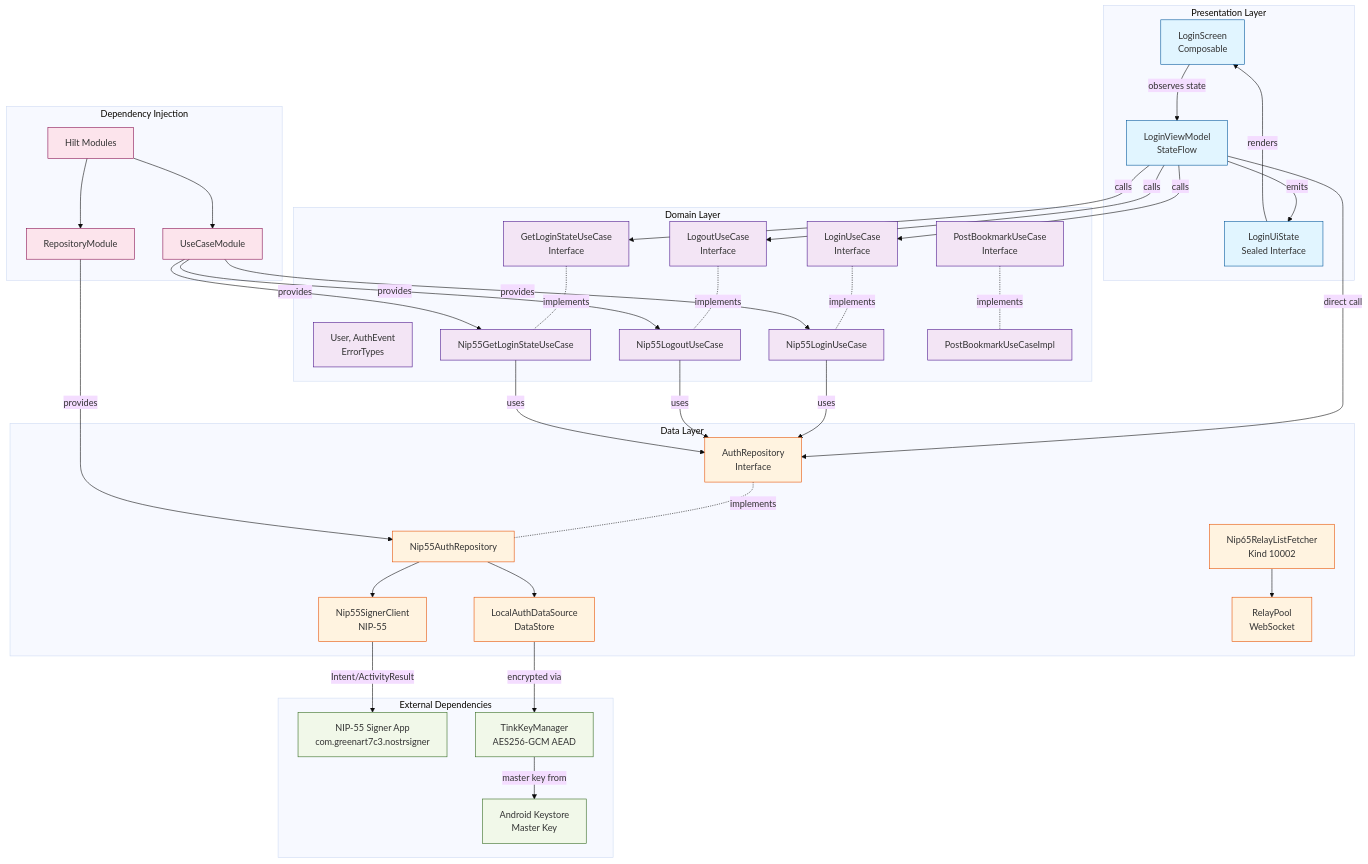
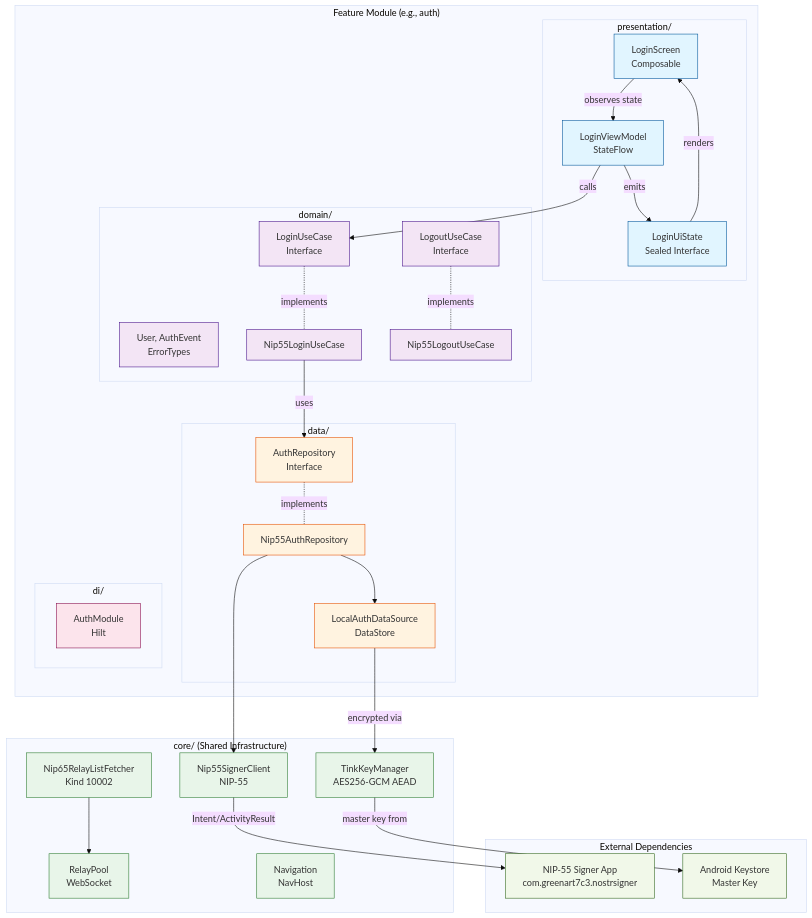
One commit to Omochice/Pinosu changed the diagram in .kiro/steering/structure.md. Above: the diagram before and after it, drawn with Mermaid (base theme). The commit also changed other lines of this file and 1 other file, not shown here.

First line of the commit message:
docs(steering): update to reflect package-by-feature architecture

````diff
--- a/.kiro/steering/structure.md
+++ b/.kiro/steering/structure.md
@@ -10,44 +11,48 @@
 ```mermaid
 graph TB
-    subgraph "Presentation Layer"
-        UI[LoginScreen<br/>Composable]
-        VM[LoginViewModel<br/>StateFlow]
-        State[LoginUiState<br/>Sealed Interface]
-        UI -->|observes state| VM
-        VM -->|emits| State
-        State -->|renders| UI
+    subgraph "Feature Module (e.g., auth)"
+        subgraph "presentation/"
+            UI[LoginScreen<br/>Composable]
+            VM[LoginViewModel<br/>StateFlow]
+            State[LoginUiState<br/>Sealed Interface]
+            UI -->|observes state| VM
+            VM -->|emits| State
+            State -->|renders| UI
+        end
+
+        subgraph "domain/"
+            UC_Login[LoginUseCase<br/>Interface]
+            UC_Logout[LogoutUseCase<br/>Interface]
+            Model[User, AuthEvent<br/>ErrorTypes]
+
+            UC_Login -.implements.- UC_Login_Impl[Nip55LoginUseCase]
+            UC_Logout -.implements.- UC_Logout_Impl[Nip55LogoutUseCase]
+        end
+
+        subgraph "data/"
+            Repo[AuthRepository<br/>Interface]
+            RepoImpl[Nip55AuthRepository]
+            LocalDS[LocalAuthDataSource<br/>DataStore]
+
+            Repo -.implements.- RepoImpl
+            RepoImpl --> LocalDS
+        end
+
+        subgraph "di/"
+            AuthMod[AuthModule<br/>Hilt]
+        end
     end
 
-    subgraph "Domain Layer"
-        UC_Login[LoginUseCase<br/>Interface]
-        UC_Logout[LogoutUseCase<br/>Interface]
-        UC_GetState[GetLoginStateUseCase<br/>Interface]
-        UC_PostBookmark[PostBookmarkUseCase<br/>Interface]
-        Model[User, AuthEvent<br/>ErrorTypes]
-
-        UC_Login -.implements.- UC_Login_Impl[Nip55LoginUseCase]
-        UC_Logout -.implements.- UC_Logout_Impl[Nip55LogoutUseCase]
-        UC_GetState -.implements.- UC_GetState_Impl[Nip55GetLoginStateUseCase]
-        UC_PostBookmark -.implements.- UC_PostBookmark_Impl[PostBookmarkUseCaseImpl]
-    end
-
-    subgraph "Data Layer"
-        Repo[AuthRepository<br/>Interface]
-        RepoImpl[Nip55AuthRepository]
-        LocalDS[LocalAuthDataSource<br/>DataStore]
+    subgraph "core/ (Shared Infrastructure)"
         Nip55Client[Nip55SignerClient<br/>NIP-55]
         Nip65Fetcher[Nip65RelayListFetcher<br/>Kind 10002]
         RelayPool[RelayPool<br/>WebSocket]
-
-        Repo -.implements.- RepoImpl
-        RepoImpl --> LocalDS
-        RepoImpl --> Nip55Client
-        Nip65Fetcher --> RelayPool
+        TinkKeyManager[TinkKeyManager<br/>AES256-GCM AEAD]
+        Navigation[Navigation<br/>NavHost]
     end
 
     subgraph "External Dependencies"
         Nip55Signer[NIP-55 Signer App<br/>com.greenart7c3.nostrsigner]
-        TinkKeyManager[TinkKeyManager<br/>AES256-GCM AEAD]
         AndroidKeystore[Android Keystore<br/>Master Key]
 
         Nip55Client -->|Intent/ActivityResult| Nip55Signer
@@ -55,38 +60,22 @@
         TinkKeyManager -->|master key from| AndroidKeystore
     end
 
-    subgraph "Dependency Injection"
-        Hilt[Hilt Modules]
-        RepoModule[RepositoryModule]
-        UCModule[UseCaseModule]
-
-        Hilt --> RepoModule
-        Hilt --> UCModule
-    end
-
     VM -->|calls| UC_Login
-    VM -->|calls| UC_Logout
-    VM -->|calls| UC_GetState
-    VM -->|direct call| Repo
-
     UC_Login_Impl -->|uses| Repo
-    UC_Logout_Impl -->|uses| Repo
-    UC_GetState_Impl -->|uses| Repo
-
-    RepoModule -->|provides| RepoImpl
-    UCModule -->|provides| UC_Login_Impl
-    UCModule -->|provides| UC_Logout_Impl
-    UCModule -->|provides| UC_GetState_Impl
+    RepoImpl --> Nip55Client
+    Nip65Fetcher --> RelayPool
 
     classDef presentation fill:#e1f5ff,stroke:#01579b
     classDef domain fill:#f3e5f5,stroke:#4a148c
     classDef data fill:#fff3e0,stroke:#e65100
+    classDef core fill:#e8f5e9,stroke:#2e7d32
     classDef external fill:#f1f8e9,stroke:#33691e
     classDef di fill:#fce4ec,stroke:#880e4f
 
     class UI,VM,State presentation
-    class UC_Login,UC_Logout,UC_GetState,UC_PostBookmark,UC_Login_Impl,UC_Logout_Impl,UC_GetState_Impl,UC_PostBookmark_Impl,Model domain
-    class Repo,RepoImpl,LocalDS,Nip55Client,Nip65Fetcher,RelayPool data
-    class Nip55Signer,TinkKeyManager,AndroidKeystore external
-    class Hilt,RepoModule,UCModule di
+    class UC_Login,UC_Logout,UC_Login_Impl,UC_Logout_Impl,Model domain
+    class Repo,RepoImpl,LocalDS data
+    class Nip55Client,Nip65Fetcher,RelayPool,TinkKeyManager,Navigation core
+    class Nip55Signer,AndroidKeystore external
+    class AuthMod di
 ```
````
